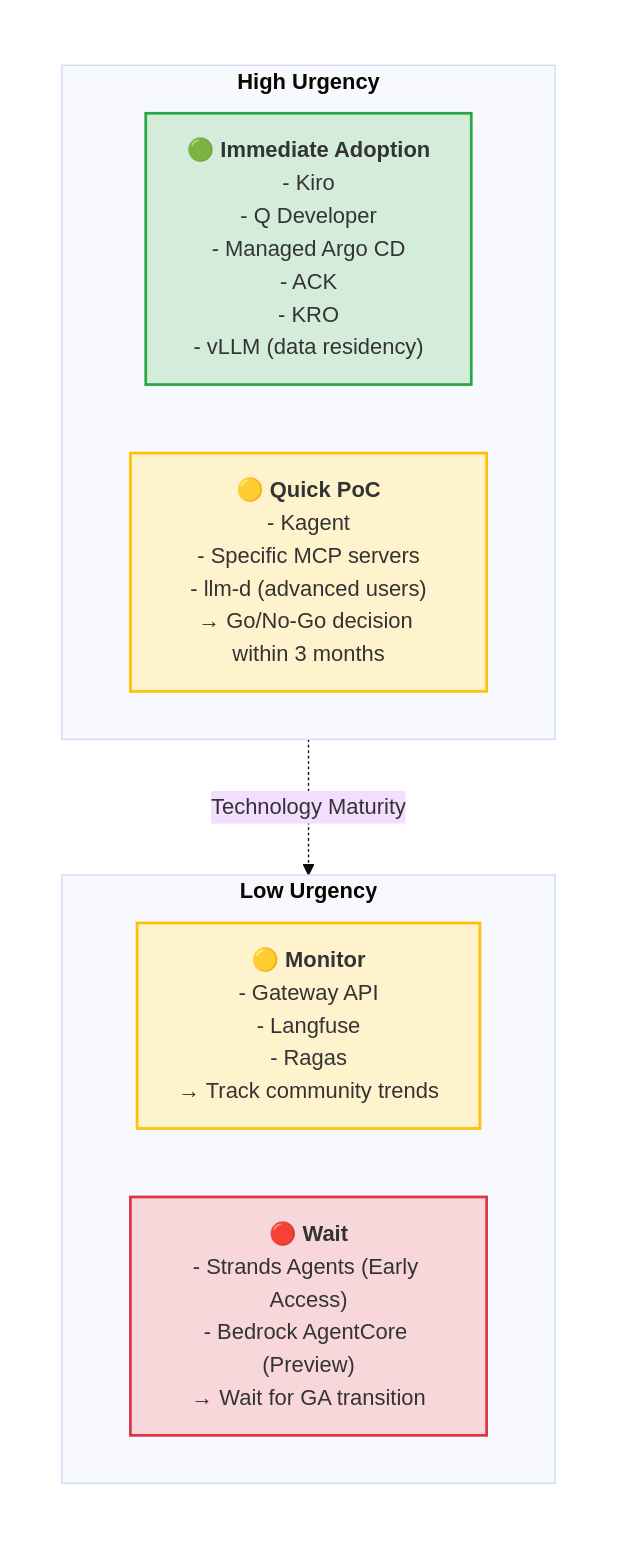
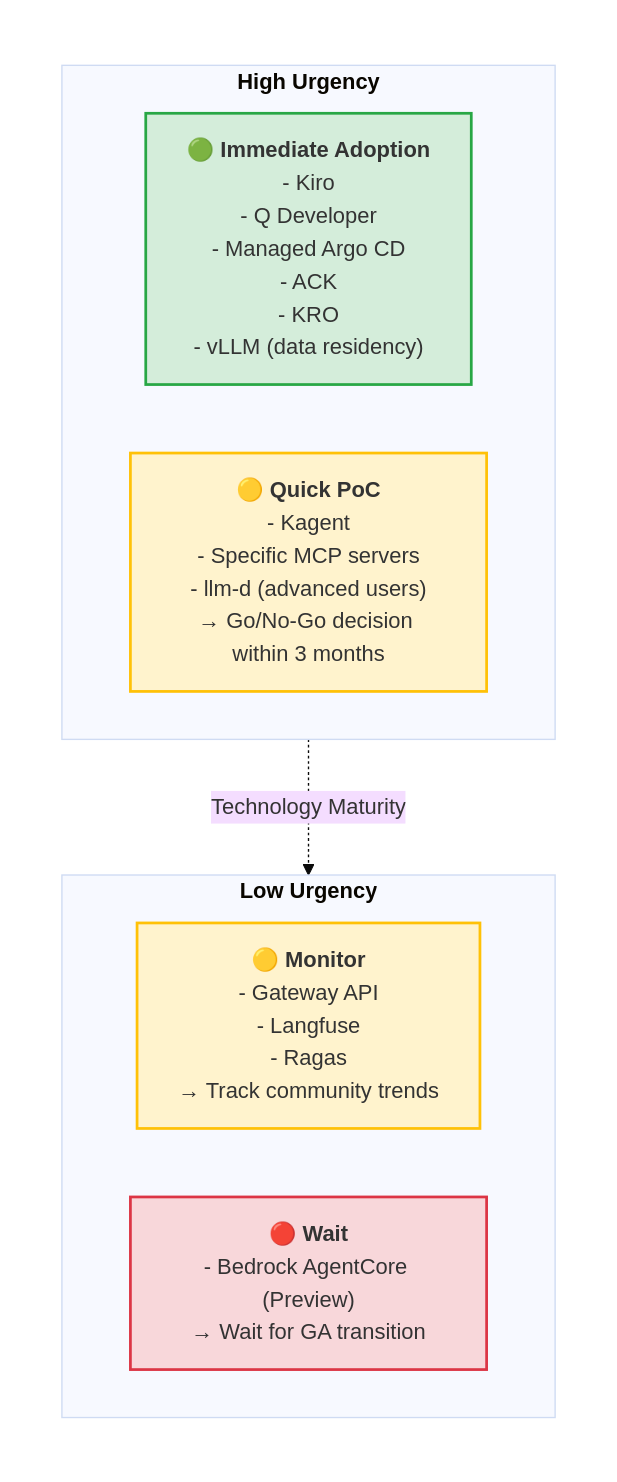
The first of 2 diagrams in docs/aidlc/toolchain/technology-roadmap.md (devfloor9/engineering-playbook), drawn with Mermaid (base theme) before and after one commit. The commit also changed other lines of this file and 3 other files, not shown here.

````diff
--- a/docs/aidlc/toolchain/technology-roadmap.md
+++ b/docs/aidlc/toolchain/technology-roadmap.md
@@ -138,26 +141,26 @@
 ```mermaid
 graph TD
     subgraph matrix[" "]
         direction TB
 
         subgraph high_urgency["<b>High Urgency</b>"]
             direction LR
             quadrant1["<b>🟢 Immediate Adoption</b><br/>- Kiro<br/>- Q Developer<br/>- Managed Argo CD<br/>- ACK<br/>- KRO<br/>- vLLM (data residency)"]
             quadrant2["<b>🟡 Quick PoC</b><br/>- Kagent<br/>- Specific MCP servers<br/>- llm-d (advanced users)<br/>→ Go/No-Go decision within 3 months"]
         end
 
         subgraph low_urgency["<b>Low Urgency</b>"]
             direction LR
             quadrant3["<b>🟡 Monitor</b><br/>- Gateway API<br/>- Langfuse<br/>- Ragas<br/>→ Track community trends"]
-            quadrant4["<b>🔴 Wait</b><br/>- Strands Agents (Early Access)<br/>- Bedrock AgentCore (Preview)<br/>→ Wait for GA transition"]
+            quadrant4["<b>🔴 Wait</b><br/>- Bedrock AgentCore (Preview)<br/>→ Wait for GA transition"]
         end
     end
 
     high_urgency -.->|Technology Maturity| low_urgency
 
     style quadrant1 fill:#d4edda,stroke:#28a745,stroke-width:2px
     style quadrant2 fill:#fff3cd,stroke:#ffc107,stroke-width:2px
     style quadrant3 fill:#fff3cd,stroke:#ffc107,stroke-width:2px
     style quadrant4 fill:#f8d7da,stroke:#dc3545,stroke-width:2px
     style matrix fill:none,stroke:none
 ```
````
